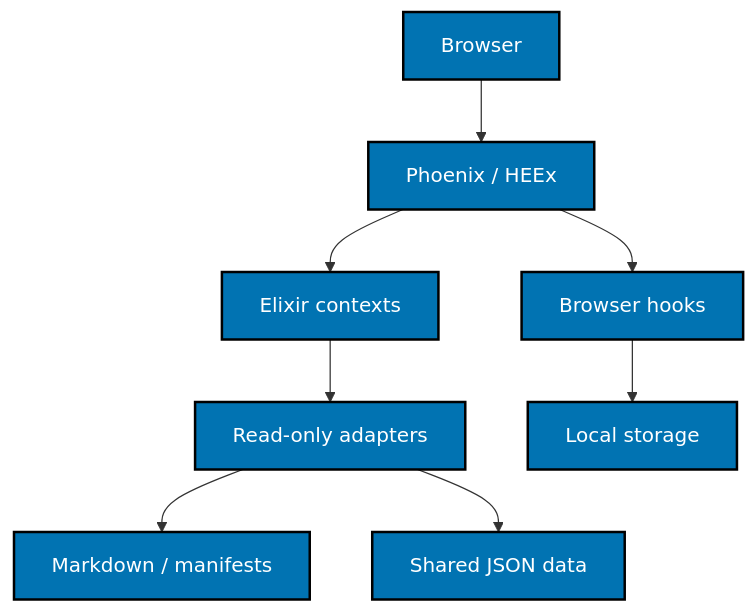
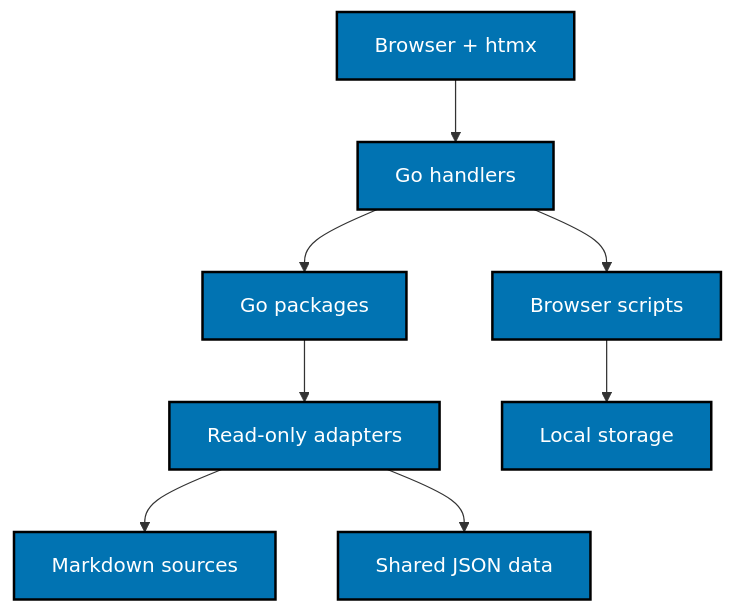
Before and after one commit to wahidyankf/ose-public: the first of 2 diagrams in plans/in-progress/ayokoding-app-web/tech-docs/002-architecture-and-content.md, drawn with Mermaid. The commit also changed other lines of this file and 9 other files, not shown here.

Commit message:
docs(plans): rewrite ayokoding-app-web from Elixir to Go stdlib and htmx (#761)

````diff
--- a/plans/in-progress/ayokoding-app-web/tech-docs/002-architecture-and-content.md
+++ b/plans/in-progress/ayokoding-app-web/tech-docs/002-architecture-and-content.md
@@ -16,13 +17,13 @@
 ```mermaid
 flowchart TD
-  accTitle: Phoenix boundaries
-  accDescr: The browser uses Phoenix while domain contexts consume shared source through read-only adapters; progress remains entirely inside the browser.
-  B["Browser"] --> W["Phoenix / HEEx"]
-  W --> C["Elixir contexts"]
+  accTitle: Go boundaries
+  accDescr: The browser uses server-rendered HTML with htmx partials while Go packages consume shared sources through read-only adapters; progress remains entirely inside the browser.
+  B["Browser + htmx"] --> W["Go handlers"]
+  W --> C["Go packages"]
   C --> F["Read-only adapters"]
-  F --> M["Markdown / manifests"]
+  F --> M["Markdown sources"]
   F --> D["Shared JSON data"]
-  W --> H["Browser hooks"]
+  W --> H["Browser scripts"]
   H --> L["Local storage"]
   classDef default fill:#0173B2,stroke:#000000,color:#FFFFFF,stroke-width:2px
 ```
````
